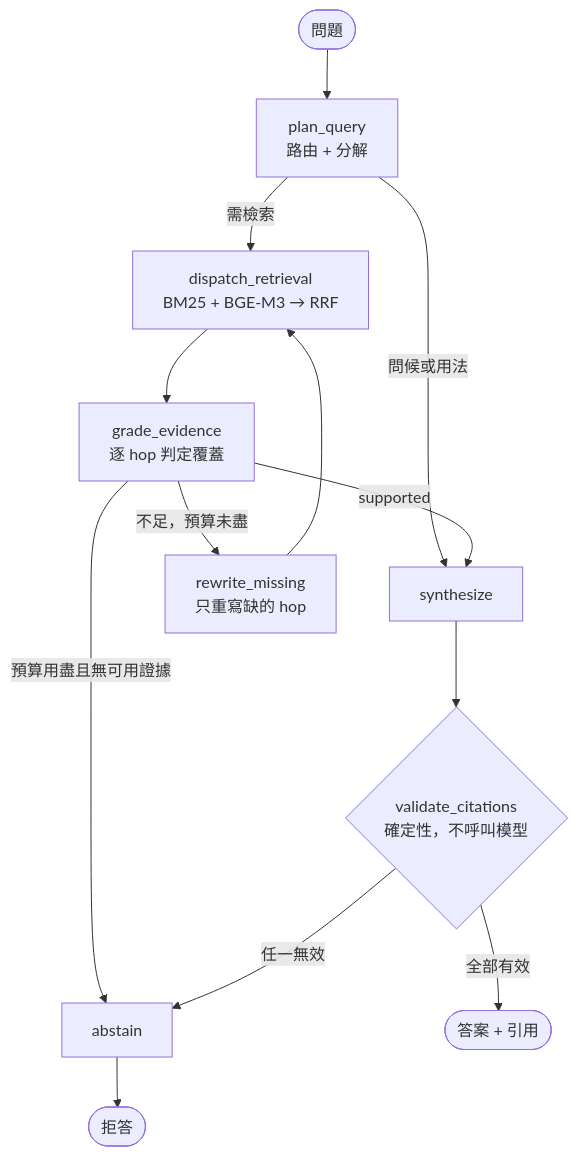
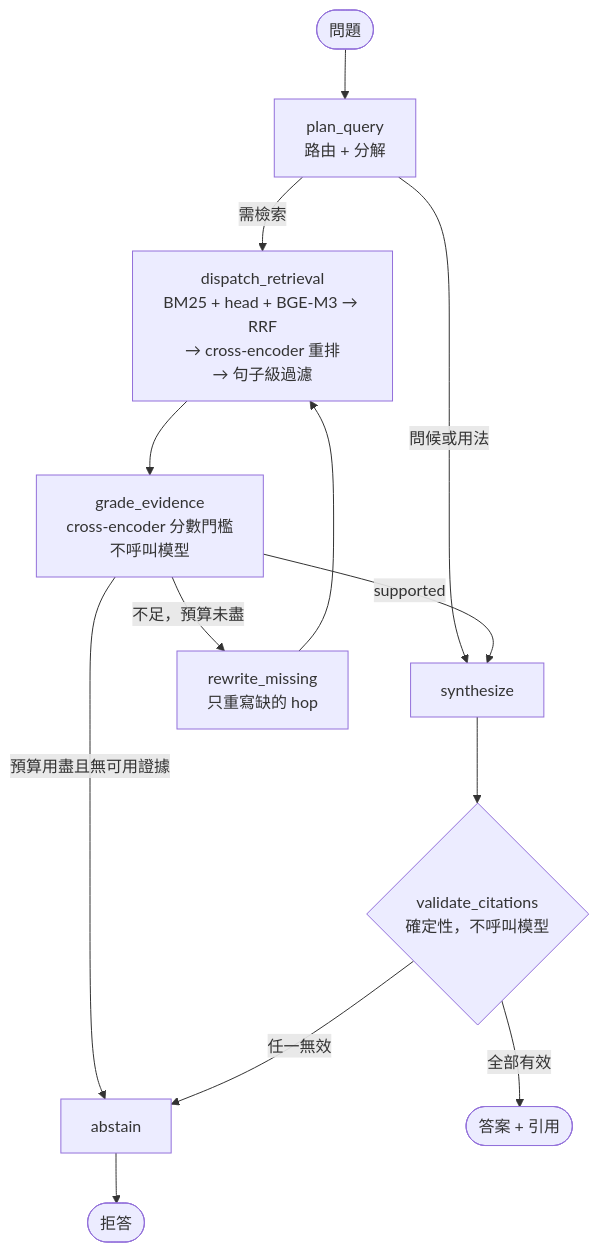
Before and after one commit to haoagentuse-glitch/frus-agentic-rag: the second of 2 diagrams in README.md, drawn with Mermaid. The commit also changed other lines of this file, not shown here.

````diff
--- a/README.md
+++ b/README.md
@@ -65,15 +101,15 @@
 ```mermaid
 flowchart TD
     S(["問題"]) --> P["plan_query<br/>路由 + 分解"]
-    P -->|需檢索| R["dispatch_retrieval<br/>BM25 + BGE-M3 → RRF"]
+    P -->|需檢索| R["dispatch_retrieval<br/>BM25 + head + BGE-M3 → RRF<br/>→ cross-encoder 重排<br/>→ 句子級過濾"]
     P -->|問候或用法| Y["synthesize"]
-    R --> G["grade_evidence<br/>逐 hop 判定覆蓋"]
+    R --> G["grade_evidence<br/>cross-encoder 分數門檻<br/>不呼叫模型"]
     G -->|supported| Y
     G -->|不足，預算未盡| W["rewrite_missing<br/>只重寫缺的 hop"]
     G -->|預算用盡且無可用證據| X["abstain"]
     W --> R
     Y --> V{"validate_citations<br/>確定性，不呼叫模型"}
     V -->|全部有效| E(["答案 + 引用"])
     V -->|任一無效| X
     X --> Z(["拒答"])
 ```
````
